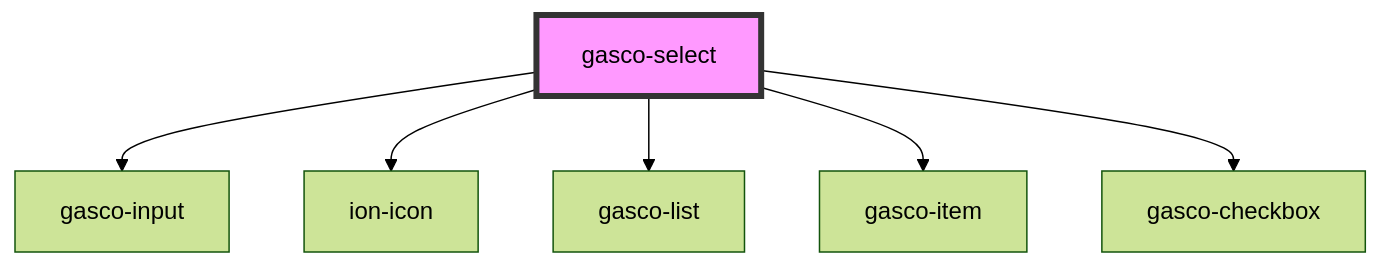
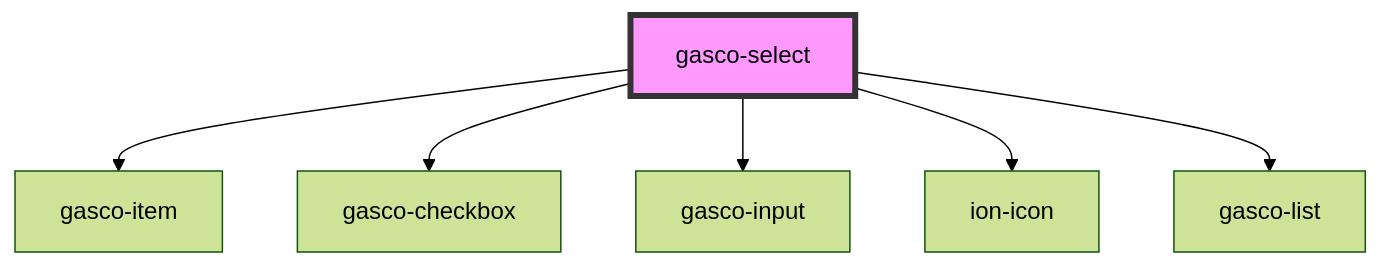
One commit to lac617a/gasco-core changed the diagram in core/src/components/gasco-select/readme.md. Above: the diagram before and after it, drawn with Mermaid (forest theme). The commit also changed other lines of this file and 22 other files, not shown here.

````diff
--- a/core/src/components/gasco-select/readme.md
+++ b/core/src/components/gasco-select/readme.md
@@ -39,9 +39,9 @@
 ```mermaid
 graph TD;
+  gasco-select --> gasco-item
+  gasco-select --> gasco-checkbox
   gasco-select --> gasco-input
   gasco-select --> ion-icon
   gasco-select --> gasco-list
-  gasco-select --> gasco-item
-  gasco-select --> gasco-checkbox
   style gasco-select fill:#f9f,stroke:#333,stroke-width:4px
 ```
````
